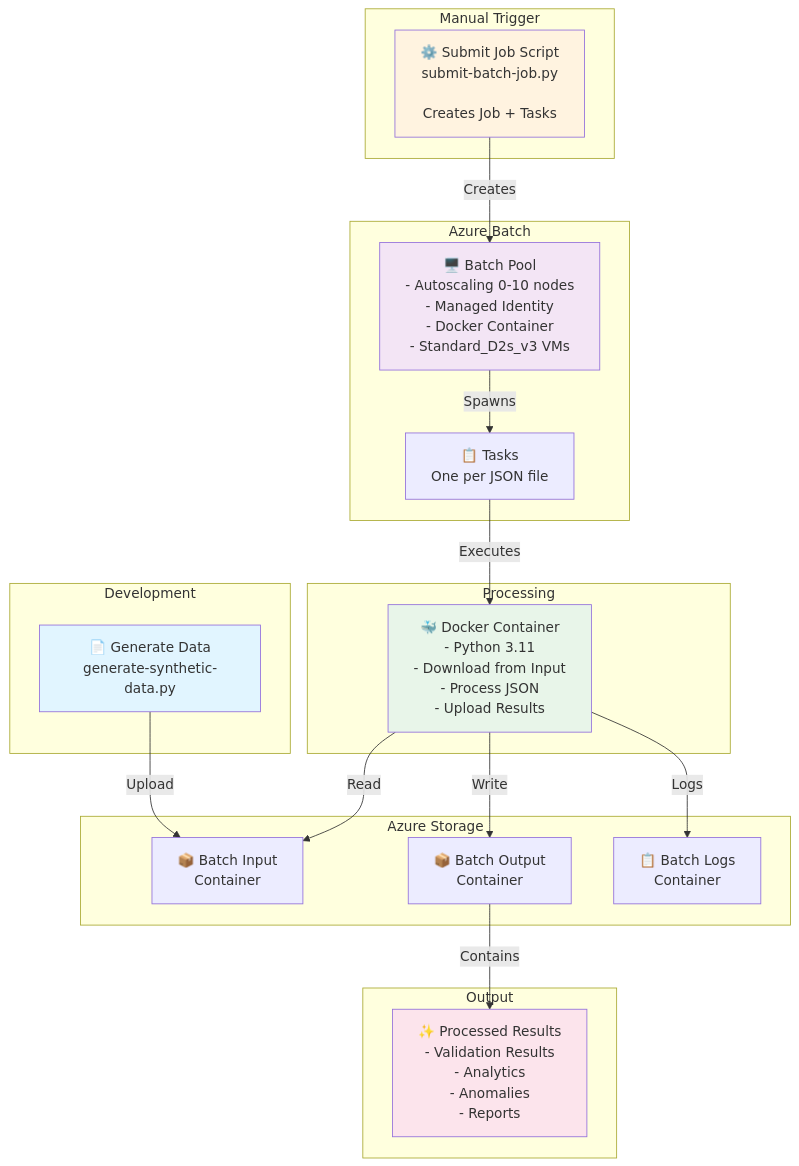
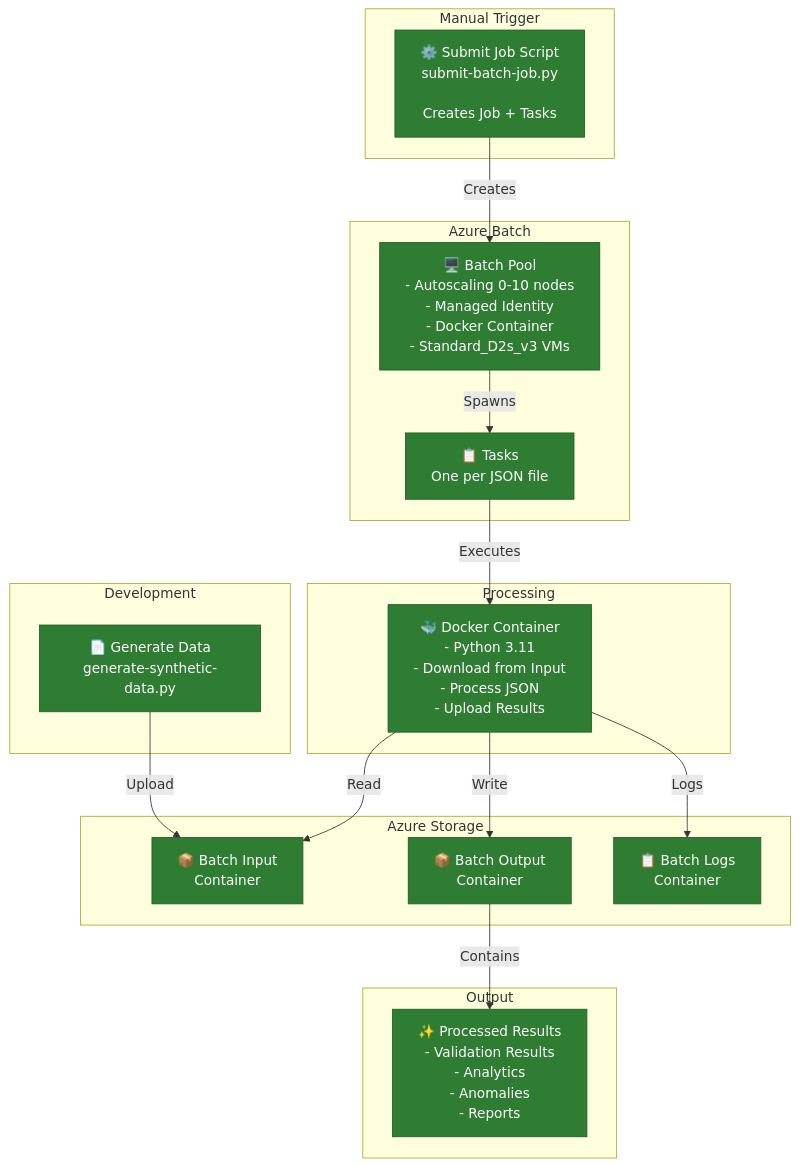
The first of 5 diagrams in README.md (san360/azure-batch-json-processor), drawn with Mermaid before and after one commit. The commit also changed other lines of this file, not shown here.

Commit message:
docs(readme): apply dark green theme to all mermaid diagrams incl. sequence diagrams

````diff
--- a/README.md
+++ b/README.md
@@ -60,44 +60,49 @@
 ```mermaid
 graph TB
     subgraph "Development"
         GEN["📄 Generate Data<br/>generate-synthetic-data.py"]
     end
 
     subgraph "Azure Storage"
         INPUT["📦 Batch Input<br/>Container"]
         OUTPUT["📦 Batch Output<br/>Container"]
         LOGS["📋 Batch Logs<br/>Container"]
     end
 
     subgraph "Manual Trigger"
         SUBMIT["⚙️ Submit Job Script<br/>submit-batch-job.py<br/><br/>Creates Job + Tasks"]
     end
 
     subgraph "Azure Batch"
         POOL["🖥️ Batch Pool<br/>- Autoscaling 0-10 nodes<br/>- Managed Identity<br/>- Docker Container<br/>- Standard_D2s_v3 VMs"]
         TASK["📋 Tasks<br/>One per JSON file"]
     end
 
     subgraph "Processing"
         CONTAINER["🐳 Docker Container<br/>- Python 3.11<br/>- Download from Input<br/>- Process JSON<br/>- Upload Results"]
     end
 
     subgraph "Output"
         RESULTS["✨ Processed Results<br/>- Validation Results<br/>- Analytics<br/>- Anomalies<br/>- Reports"]
     end
 
     GEN -->|Upload| INPUT
     SUBMIT -->|Creates| POOL
     POOL -->|Spawns| TASK
     TASK -->|Executes| CONTAINER
     CONTAINER -->|Read| INPUT
     CONTAINER -->|Write| OUTPUT
     CONTAINER -->|Logs| LOGS
     OUTPUT -->|Contains| RESULTS
 
-    style GEN fill:#e1f5ff
-    style SUBMIT fill:#fff3e0
-    style POOL fill:#f3e5f5
-    style CONTAINER fill:#e8f5e9
-    style RESULTS fill:#fce4ec
+  %% Unified accessible color scheme (using Task box color) for readability
+  style GEN fill:#2e7d32,stroke:#1b5e20,stroke-width:1px,color:#fff
+  style SUBMIT fill:#2e7d32,stroke:#1b5e20,stroke-width:1px,color:#fff
+  style POOL fill:#2e7d32,stroke:#1b5e20,stroke-width:1px,color:#fff
+  style TASK fill:#2e7d32,stroke:#1b5e20,stroke-width:1px,color:#fff
+  style CONTAINER fill:#2e7d32,stroke:#1b5e20,stroke-width:1px,color:#fff
+  style RESULTS fill:#2e7d32,stroke:#1b5e20,stroke-width:1px,color:#fff
+  style INPUT fill:#2e7d32,stroke:#1b5e20,stroke-width:1px,color:#fff
+  style OUTPUT fill:#2e7d32,stroke:#1b5e20,stroke-width:1px,color:#fff
+  style LOGS fill:#2e7d32,stroke:#1b5e20,stroke-width:1px,color:#fff
 ```
````
